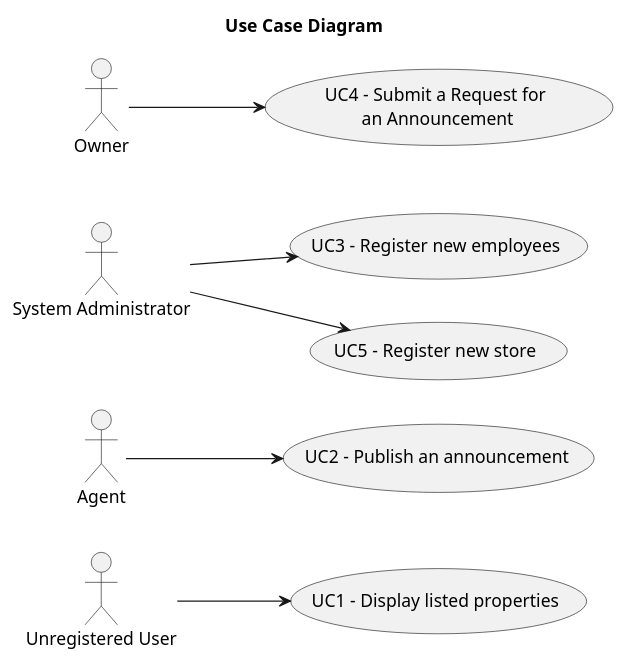
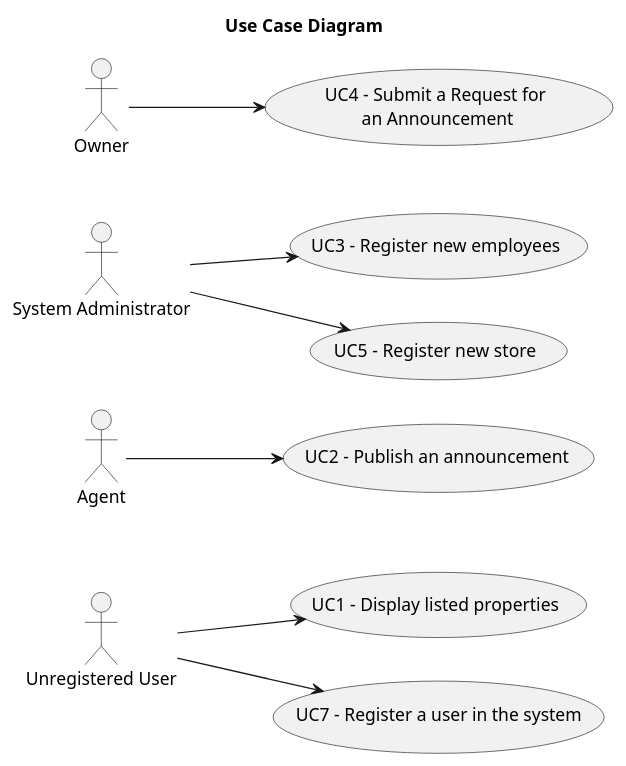
One commit to rita-barbosa/LAPR2-2223 changed the diagram in docs/sprintB/global-artifacts/01.requirements-engineering/puml/use-case-diagram.puml. Above: the diagram before and after it, drawn with PlantUML.

Commit message:
Update of use case diagram [Global Artifacts][Requirements Engineering]

```diff
--- a/docs/sprintB/global-artifacts/01.requirements-engineering/puml/use-case-diagram.puml
+++ b/docs/sprintB/global-artifacts/01.requirements-engineering/puml/use-case-diagram.puml
@@ -1,25 +1,26 @@
 @startuml
 'skinparam monochrome true
 skinparam packageStyle rectangle
 'skinparam shadowing false
 
 skinparam rectangle{
     BorderColor yellow
 }
 
 title Use Case Diagram
 
 left to right direction
 
     usecase "UC1 - Display listed properties" as UC1
         "Unregistered User" --> UC1
     usecase "UC2 - Publish an announcement" as UC2
         "Agent" --> UC2
     usecase "UC3 - Register new employees" as UC3
         "System Administrator" --> UC3
     usecase "UC5 - Register new store" as UC5
         "System Administrator" --> UC5
      usecase "UC4 - Submit a Request for\n an Announcement" as UC4
         "Owner" --> UC4
-
+    usecase "UC7 - Register a user in the system" as UC7
+        "Unregistered User" --> UC7
 @enduml
```
